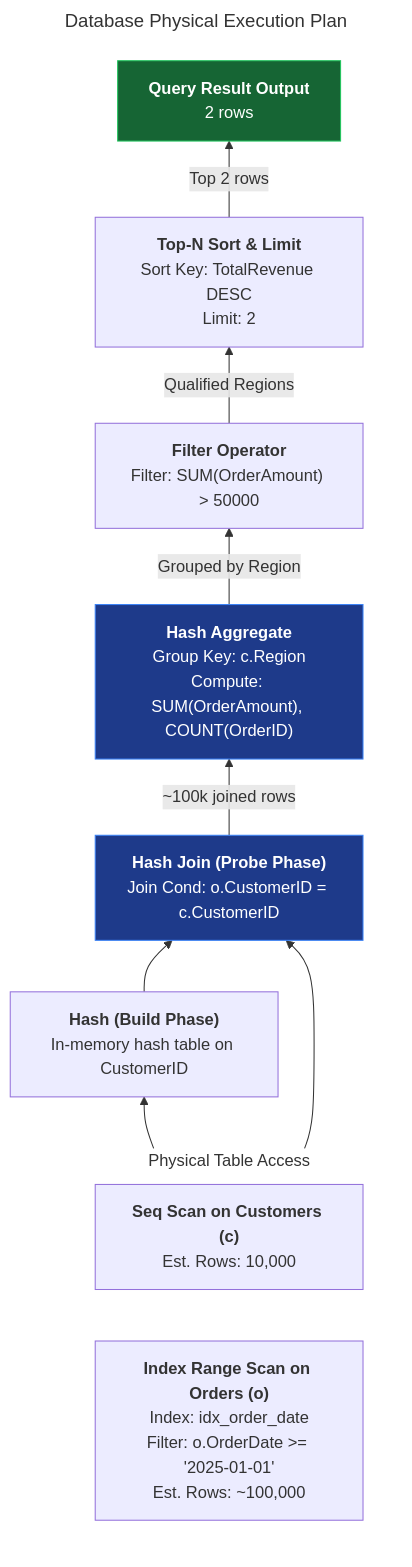
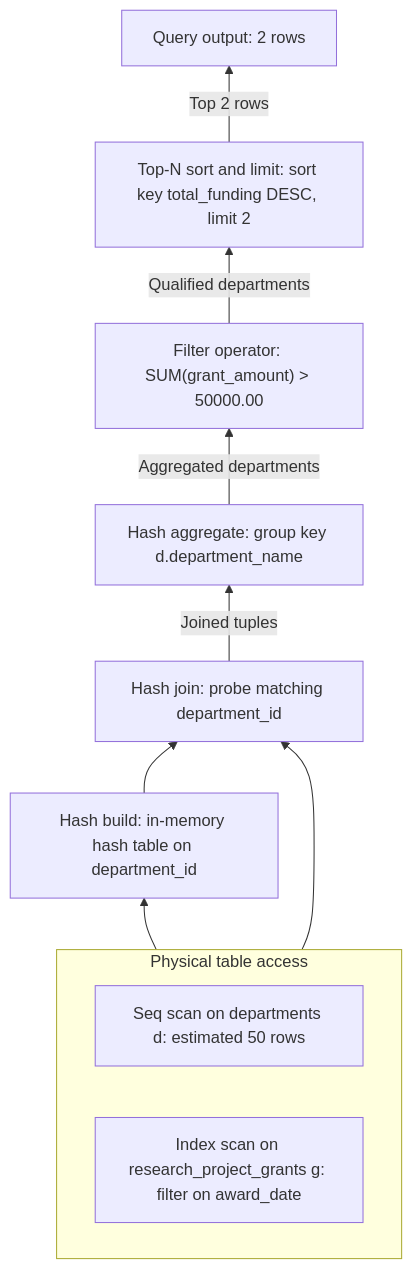
The fourth of 4 diagrams in content/sql/query-execution-engine.md (VineethChivukula/dedocs), drawn with Mermaid before and after one commit. The commit also changed other lines of this file and 26 other files, not shown here.

````diff
--- a/content/sql/query-execution-engine.md
+++ b/content/sql/query-execution-engine.md
@@ -207,44 +189,24 @@
 ```mermaid
----
-title: Database Physical Execution Plan
----
 flowchart BT
-    %% Leaf Access Operations
-    subgraph StorageLayer ["Physical Table Access"]
+    subgraph StorageLayer ["Physical table access"]
         direction LR
-        CustScan["<b>Seq Scan on Customers (c)</b><br/>Est. Rows: 10,000"]
-        OrdScan["<b>Index Range Scan on Orders (o)</b><br/>Index: idx_order_date<br/>Filter: o.OrderDate >= '2025-01-01'<br/>Est. Rows: ~100,000"]
+        DeptScan["Seq scan on departments d: estimated 50 rows"]
+        GrantScan["Index scan on research_project_grants g: filter on award_date"]
     end
 
-    %% Hash & Join Phase
-    HashBuild["<b>Hash (Build Phase)</b><br/>In-memory hash table on CustomerID"]
-    HashJoin["<b>Hash Join (Probe Phase)</b><br/>Join Cond: o.CustomerID = c.CustomerID"]
+    HashBuild["Hash build: in-memory hash table on department_id"]
+    HashJoin["Hash join: probe matching department_id"]
+    HashAgg["Hash aggregate: group key d.department_name"]
+    HavingFilter["Filter operator: SUM(grant_amount) > 50000.00"]
+    SortLimit["Top-N sort and limit: sort key total_funding DESC, limit 2"]
+    Result["Query output: 2 rows"]
 
-    %% Grouping & Aggregation
-    HashAgg["<b>Hash Aggregate</b><br/>Group Key: c.Region<br/>Compute: SUM(OrderAmount), COUNT(OrderID)"]
+    DeptScan --> HashBuild
+    HashBuild --> HashJoin
+    GrantScan --> HashJoin
 
-    %% Having Filter
-    HavingFilter["<b>Filter Operator</b><br/>Filter: SUM(OrderAmount) > 50000"]
-
-    %% Sorting & Limit
-    SortLimit["<b>Top-N Sort & Limit</b><br/>Sort Key: TotalRevenue DESC<br/>Limit: 2"]
-
-    %% Final Result
-    Result["<b>Query Result Output</b><br/>2 rows"]
-
-    %% Data Flow (Bottom-to-Top)
-    CustScan --> HashBuild
-    HashBuild --> HashJoin
-    OrdScan --> HashJoin
-    
-    HashJoin -->|"~100k joined rows"| HashAgg
-    HashAgg -->|"Grouped by Region"| HavingFilter
-    HavingFilter -->|"Qualified Regions"| SortLimit
+    HashJoin -->|"Joined tuples"| HashAgg
+    HashAgg -->|"Aggregated departments"| HavingFilter
+    HavingFilter -->|"Qualified departments"| SortLimit
     SortLimit -->|"Top 2 rows"| Result
-
-    %% Styling
-    style StorageLayer fill:none,stroke:none
-    style Result fill:#166534,stroke:#22c55e,color:#fff
-    style HashJoin fill:#1e3a8a,stroke:#3b82f6,color:#fff
-    style HashAgg fill:#1e3a8a,stroke:#3b82f6,color:#fff
 ```
````
